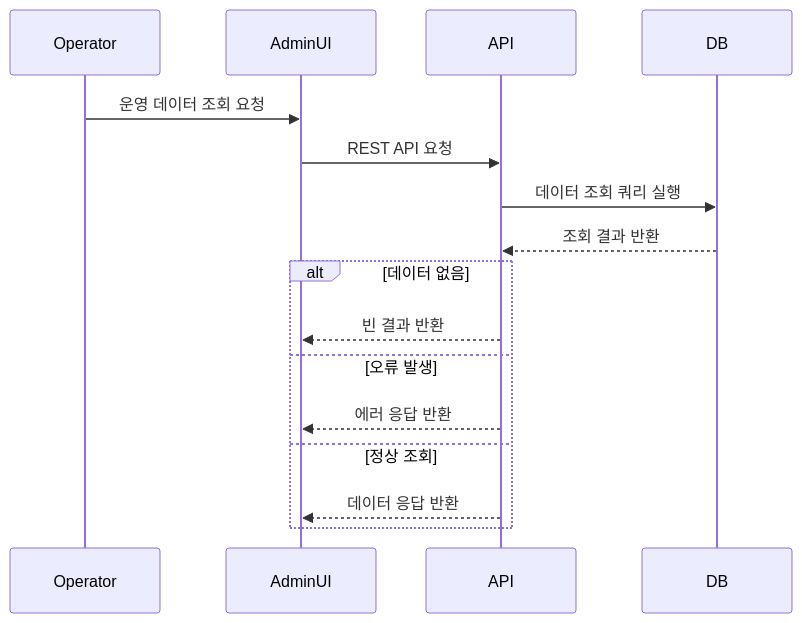
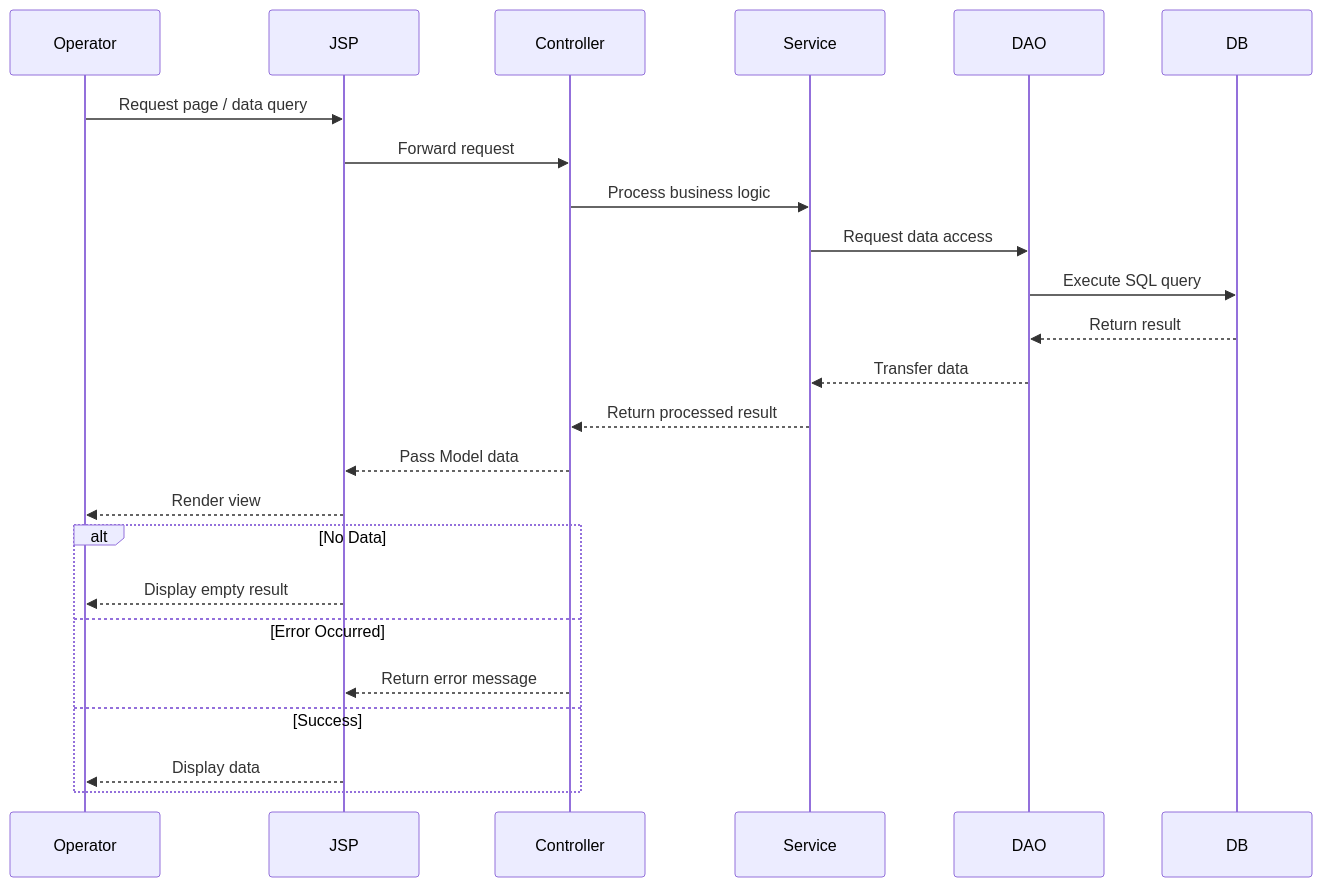
The diagram in docs/en/data-flow.md (scourge1100/yk-operation-platform), drawn with Mermaid before and after one commit. The commit also changed other lines of this file, not shown here.

First line of the commit message:
Revise data flow documentation and improve clarity

````diff
--- a/docs/en/data-flow.md
+++ b/docs/en/data-flow.md
@@ -5,20 +5,28 @@
 ```mermaid
 sequenceDiagram
     participant Operator
-    participant AdminUI
-    participant API
+    participant JSP
+    participant Controller
+    participant Service
+    participant DAO
     participant DB
 
-    Operator->>AdminUI: 운영 데이터 조회 요청
-    AdminUI->>API: REST API 요청
-    API->>DB: 데이터 조회 쿼리 실행
-    DB-->>API: 조회 결과 반환
+    Operator->>JSP: Request page / data query
+    JSP->>Controller: Forward request
+    Controller->>Service: Process business logic
+    Service->>DAO: Request data access
+    DAO->>DB: Execute SQL query
+    DB-->>DAO: Return result
+    DAO-->>Service: Transfer data
+    Service-->>Controller: Return processed result
+    Controller-->>JSP: Pass Model data
+    JSP-->>Operator: Render view
 
-    alt 데이터 없음
-        API-->>AdminUI: 빈 결과 반환
-    else 오류 발생
-        API-->>AdminUI: 에러 응답 반환
-    else 정상 조회
-        API-->>AdminUI: 데이터 응답 반환
+    alt No Data
+        JSP-->>Operator: Display empty result
+    else Error Occurred
+        Controller-->>JSP: Return error message
+    else Success
+        JSP-->>Operator: Display data
     end
 ```
````
